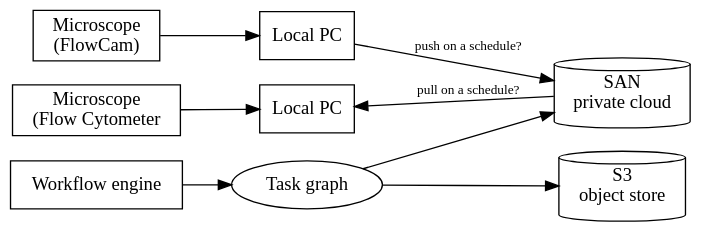
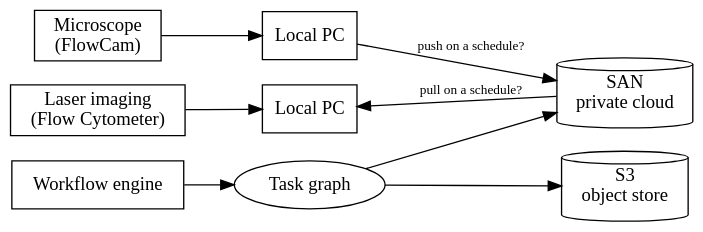
The diagram in docs/diagrams/could_be/instrument_to_store.dot (jmarshrossney/plankton_ml), drawn with Graphviz before and after one commit. The commit also changed 1 other file, not shown here.

```diff
--- a/docs/diagrams/could_be/instrument_to_store.dot
+++ b/docs/diagrams/could_be/instrument_to_store.dot
@@ -1,32 +1,32 @@
 # http://www.graphviz.org/content/cluster
 
 digraph G {
   rankdir=LR;
   graph [fontname = "Handlee"];
   node [fontname = "Handlee"];
   edge [fontname = "Handlee"];
 
   bgcolor=transparent;
 
   scope [shape=rect label="Microscope \n(FlowCam)"];
   pc [shape=rect label="Local PC"]
   
-  scope2 [shape=rect label="Microscope \n(Flow Cytometer"];
+  scope2 [shape=rect label="Laser imaging \n(Flow Cytometer)"];
   pc2 [shape=rect label="Local PC"]
   
   san [shape=cylinder label="SAN \nprivate cloud"]
   engine [shape=rect label="Workflow engine"]
   tasks [label="Task graph"]
   store [shape=cylinder label="S3 \nobject store"]
 
   engine->tasks
   tasks->san;
   tasks->store [];
   scope->pc
   scope2->pc2
   
   pc2->san [label="pull on a schedule?", dir=back,fontsize=10];
   
   pc->san  [label="push on a schedule?", fontsize=10];
   
 }
```
